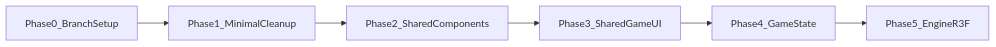
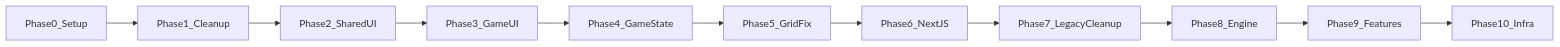
The diagram in grok/ROADMAP.md (DavidGrice/knightskingdom), drawn with Mermaid before and after one commit. The commit also changed other lines of this file and 3 other files, not shown here.

Commit message:
Docs: update grok phases 0-9 complete, Phase 10 next, current status

````diff
--- a/grok/ROADMAP.md
+++ b/grok/ROADMAP.md
@@ -21,10 +22,15 @@
 ```mermaid
 flowchart LR
-    p0[Phase0_BranchSetup]
-    p1[Phase1_MinimalCleanup]
-    p2[Phase2_SharedComponents]
-    p3[Phase3_SharedGameUI]
+    p0[Phase0_Setup]
+    p1[Phase1_Cleanup]
+    p2[Phase2_SharedUI]
+    p3[Phase3_GameUI]
     p4[Phase4_GameState]
-    p5[Phase5_EngineR3F]
-    p0 --> p1 --> p2 --> p3 --> p4 --> p5
+    p5[Phase5_GridFix]
+    p6[Phase6_NextJS]
+    p7[Phase7_LegacyCleanup]
+    p8[Phase8_Engine]
+    p9[Phase9_Features]
+    p10[Phase10_Infra]
+    p0 --> p1 --> p2 --> p3 --> p4 --> p5 --> p6 --> p7 --> p8 --> p9 --> p10
 ```
````
